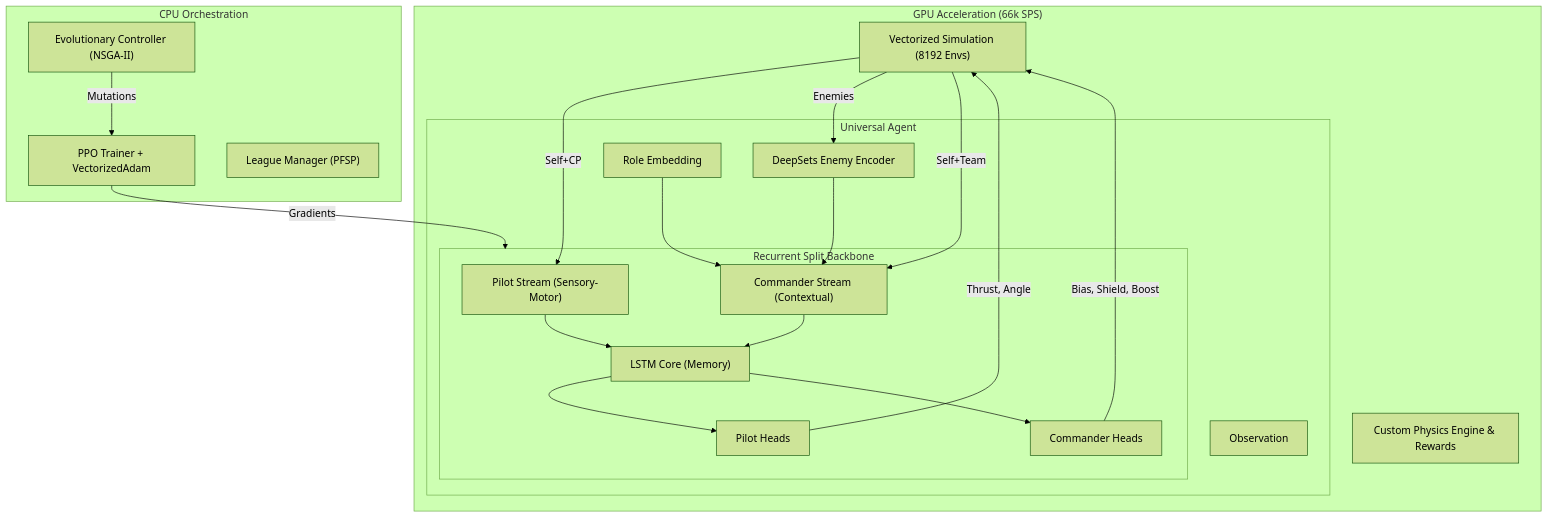
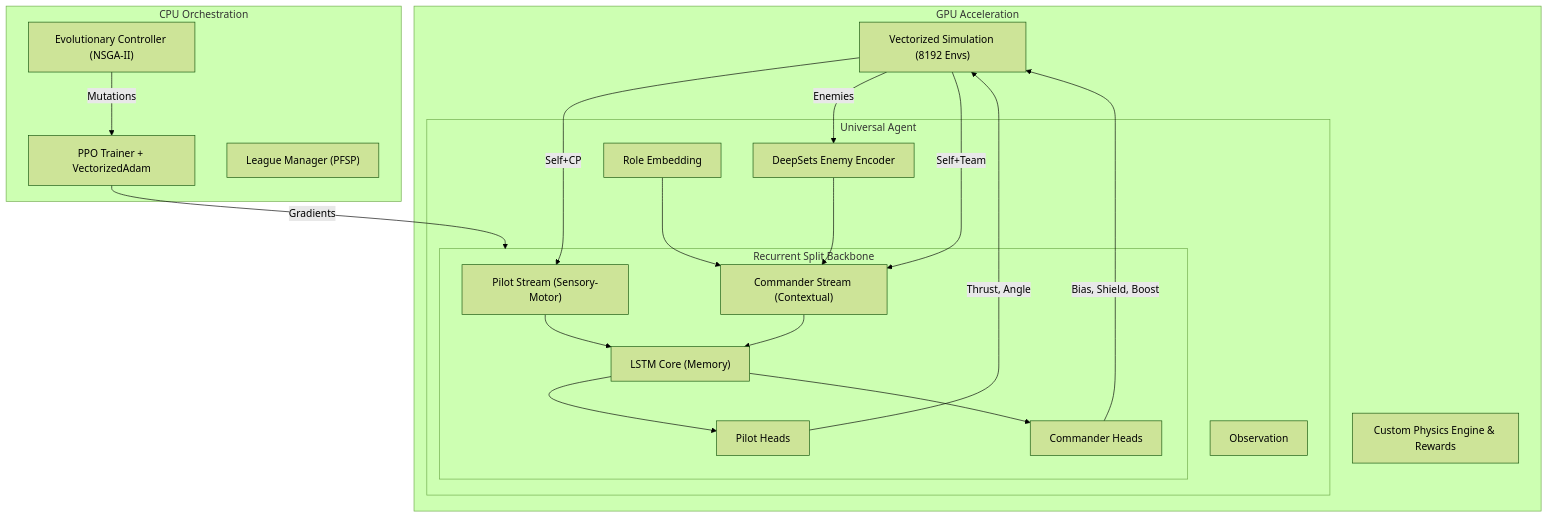
One commit to Vietnoirien/Sebulba-s-Legacy changed the diagram in docs/architecture.md. Above: the diagram before and after it, drawn with Mermaid (forest theme). The commit also changed other lines of this file and 3 other files, not shown here.

````diff
--- a/docs/architecture.md
+++ b/docs/architecture.md
@@ -8,48 +8,48 @@
 ```mermaid
 graph TD
-    subgraph GPU_ACC ["GPU Acceleration (66k SPS)"]
+    subgraph GPU_ACC ["GPU Acceleration"]
         sim_vec["Vectorized Simulation (8192 Envs)"]
         physics_eng["Custom Physics Engine & Rewards"]
         
         subgraph agent_model ["Universal Agent"]
             obs_input["Observation"]
             
             subgraph unified_brain ["Recurrent Split Backbone"]
                 pilot_feat["Pilot Stream (Sensory-Motor)"]
                 cmd_feat["Commander Stream (Contextual)"]
                 
                 lstm_core["LSTM Core (Memory)"]
                 
                 pilot_heads["Pilot Heads"]
                 cmd_heads["Commander Heads"]
             end
             
             enemy_encoder["DeepSets Enemy Encoder"]
             role_emb["Role Embedding"]
         end
     end
     
     subgraph CPU_ORCH ["CPU Orchestration"]
         ppo_trainer["PPO Trainer + VectorizedAdam"]
         ga_ctrl["Evolutionary Controller (NSGA-II)"]
         league_mgr["League Manager (PFSP)"]
     end
     
     sim_vec -- "Self+CP" --> pilot_feat
     sim_vec -- "Enemies" --> enemy_encoder 
     enemy_encoder --> cmd_feat
     sim_vec -- "Self+Team" --> cmd_feat
     role_emb --> cmd_feat
     
     pilot_feat --> lstm_core
     cmd_feat --> lstm_core
     
     lstm_core --> pilot_heads
     lstm_core --> cmd_heads
     
     pilot_heads -- "Thrust, Angle" --> sim_vec
     cmd_heads -- "Bias, Shield, Boost" --> sim_vec
     
     ppo_trainer -- "Gradients" --> unified_brain
     ga_ctrl -- "Mutations" --> ppo_trainer
 ```
````
